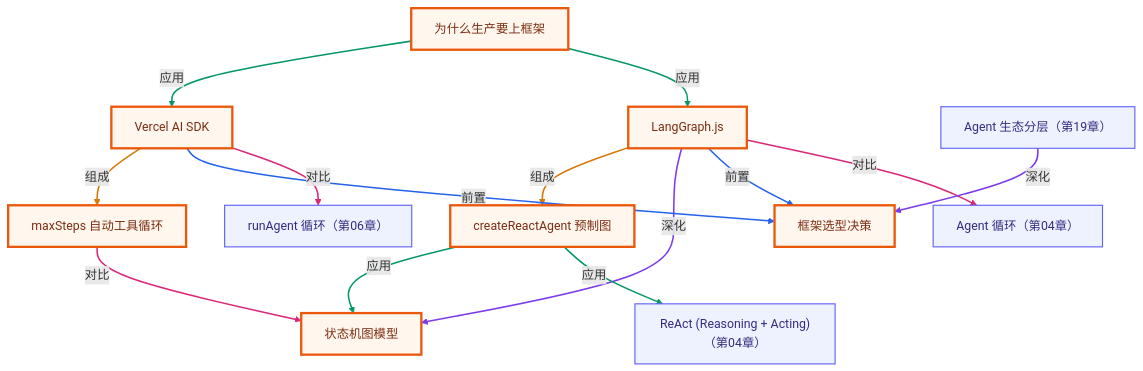
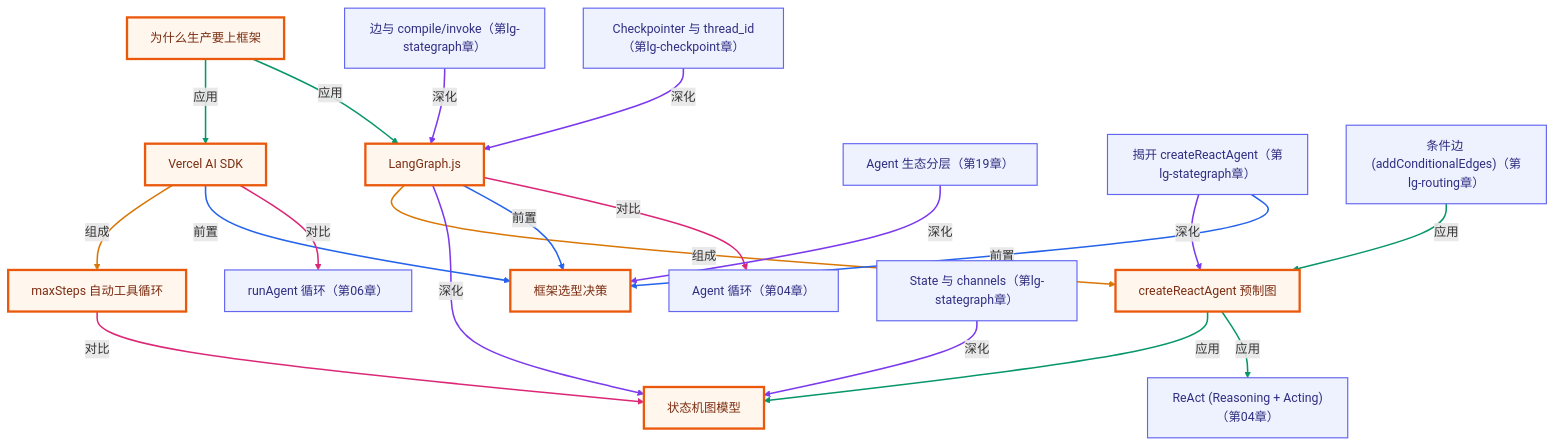
Before and after one commit to songuu/agent: the second of 2 diagrams in lessons/12-intro-to-frameworks/README.md, drawn with Mermaid. The commit also changed other lines of this file and 58 other files, not shown here.

````diff
--- a/lessons/12-intro-to-frameworks/README.md
+++ b/lessons/12-intro-to-frameworks/README.md
@@ -236,44 +236,61 @@
 ```mermaid
 graph TB
   classDef own fill:#fff7ed,stroke:#ea580c,stroke-width:3px,color:#7c2d12;
   classDef cross fill:#eef2ff,stroke:#6366f1,stroke-width:1.5px,color:#312e81;
   n_c12_why_frameworks["为什么生产要上框架"]
   n_c12_vercel_ai_sdk["Vercel AI SDK"]
   n_c12_max_steps["maxSteps 自动工具循环"]
   n_c12_langgraph["LangGraph.js"]
   n_c12_react_agent["createReactAgent 预制图"]
   n_c12_state_graph["状态机图模型"]
   n_c12_framework_choice["框架选型决策"]
   n_c06_run_agent_loop["runAgent 循环（第06章）"]
   n_c04_agent_loop["Agent 循环（第04章）"]
   n_c04_react["ReAct (Reasoning + Acting)（第04章）"]
   n_c19_ecosystem_layers["Agent 生态分层（第19章）"]
+  n_lgsg_vs_prebuilt["揭开 createReactAgent（第lg-stategraph章）"]
+  n_lgsg_state_channels["State 与 channels（第lg-stategraph章）"]
+  n_lgsg_edges_compile["边与 compile/invoke（第lg-stategraph章）"]
+  n_lgrt_conditional_edge["条件边 (addConditionalEdges)（第lg-routing章）"]
+  n_lgcp_checkpointer["Checkpointer 与 thread_id（第lg-checkpoint章）"]
   n_c12_why_frameworks -->|应用| n_c12_vercel_ai_sdk
   n_c12_why_frameworks -->|应用| n_c12_langgraph
   n_c12_vercel_ai_sdk -->|组成| n_c12_max_steps
   n_c12_langgraph -->|组成| n_c12_react_agent
   n_c12_langgraph -->|深化| n_c12_state_graph
   n_c12_react_agent -->|应用| n_c12_state_graph
   n_c12_max_steps -->|对比| n_c12_state_graph
   n_c12_vercel_ai_sdk -->|前置| n_c12_framework_choice
   n_c12_langgraph -->|前置| n_c12_framework_choice
   n_c12_vercel_ai_sdk -->|对比| n_c06_run_agent_loop
   n_c12_langgraph -->|对比| n_c04_agent_loop
   n_c12_react_agent -->|应用| n_c04_react
   n_c19_ecosystem_layers -->|深化| n_c12_framework_choice
+  n_lgsg_vs_prebuilt -->|深化| n_c12_react_agent
+  n_lgsg_state_channels -->|深化| n_c12_state_graph
+  n_lgsg_edges_compile -->|深化| n_c12_langgraph
+  n_lgsg_vs_prebuilt -->|前置| n_c12_framework_choice
+  n_lgrt_conditional_edge -->|应用| n_c12_react_agent
+  n_lgcp_checkpointer -->|深化| n_c12_langgraph
   class n_c12_why_frameworks,n_c12_vercel_ai_sdk,n_c12_max_steps,n_c12_langgraph,n_c12_react_agent,n_c12_state_graph,n_c12_framework_choice own;
-  class n_c06_run_agent_loop,n_c04_agent_loop,n_c04_react,n_c19_ecosystem_layers cross;
+  class n_c06_run_agent_loop,n_c04_agent_loop,n_c04_react,n_c19_ecosystem_layers,n_lgsg_vs_prebuilt,n_lgsg_state_channels,n_lgsg_edges_compile,n_lgrt_conditional_edge,n_lgcp_checkpointer cross;
   linkStyle 0 stroke:#059669,stroke-width:2px;
   linkStyle 1 stroke:#059669,stroke-width:2px;
   linkStyle 2 stroke:#d97706,stroke-width:2px;
   linkStyle 3 stroke:#d97706,stroke-width:2px;
   linkStyle 4 stroke:#7c3aed,stroke-width:2px;
   linkStyle 5 stroke:#059669,stroke-width:2px;
   linkStyle 6 stroke:#db2777,stroke-width:2px;
   linkStyle 7 stroke:#2563eb,stroke-width:2px;
   linkStyle 8 stroke:#2563eb,stroke-width:2px;
   linkStyle 9 stroke:#db2777,stroke-width:2px;
   linkStyle 10 stroke:#db2777,stroke-width:2px;
   linkStyle 11 stroke:#059669,stroke-width:2px;
   linkStyle 12 stroke:#7c3aed,stroke-width:2px;
+  linkStyle 13 stroke:#7c3aed,stroke-width:2px;
+  linkStyle 14 stroke:#7c3aed,stroke-width:2px;
+  linkStyle 15 stroke:#7c3aed,stroke-width:2px;
+  linkStyle 16 stroke:#2563eb,stroke-width:2px;
+  linkStyle 17 stroke:#059669,stroke-width:2px;
+  linkStyle 18 stroke:#7c3aed,stroke-width:2px;
 ```
````
